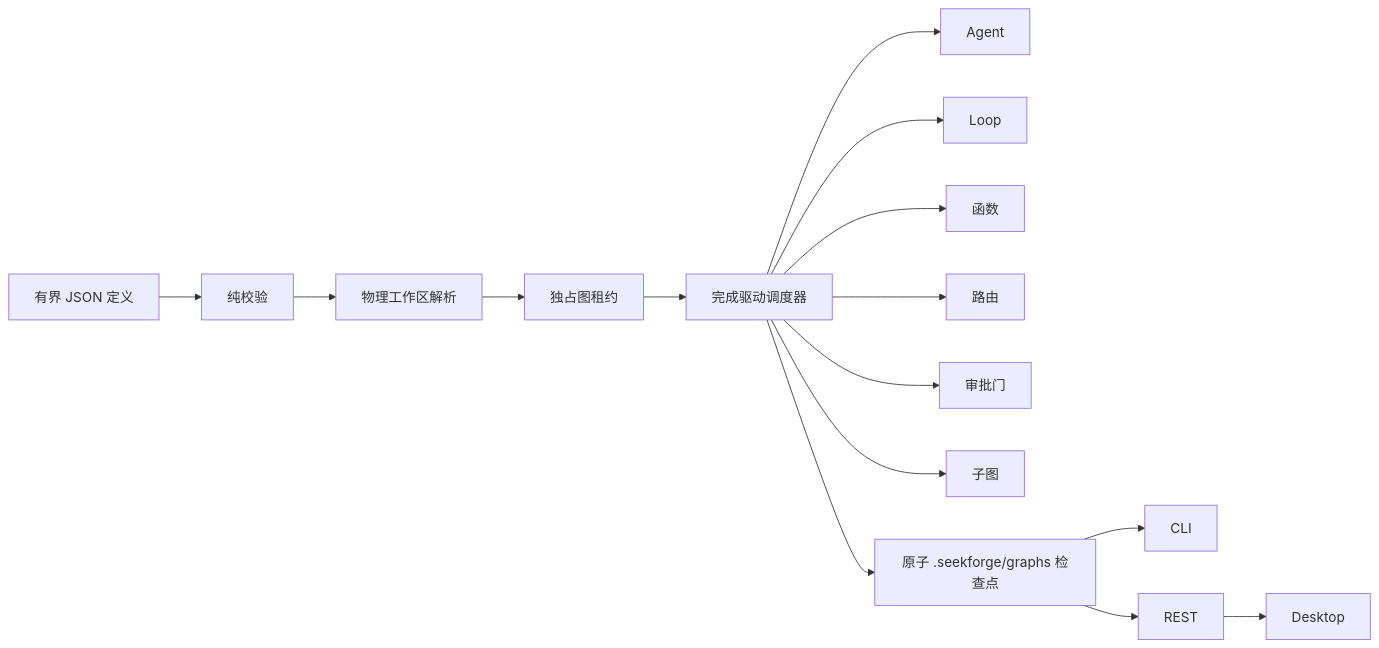
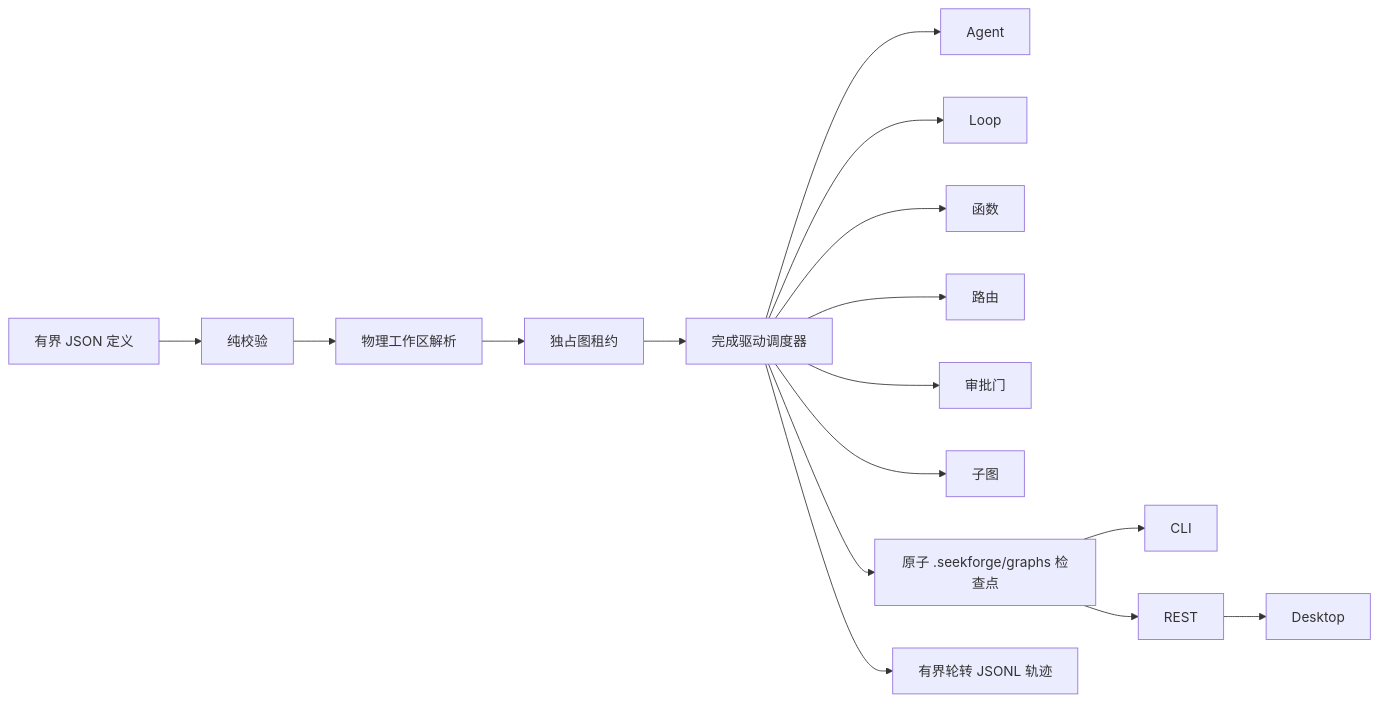
Before and after one commit to eilyeee/seekforge: the diagram in docs/graph-engineering.zh-CN.md, drawn with Mermaid. The commit also changed other lines of this file and 53 other files, not shown here.

Commit message:
feat: deepen loop and graph orchestration

````diff
--- a/docs/graph-engineering.zh-CN.md
+++ b/docs/graph-engineering.zh-CN.md
@@ -9,17 +9,18 @@
 ```mermaid
 flowchart LR
   Definition["有界 JSON 定义"] --> Validate["纯校验"]
   Validate --> Resolve["物理工作区解析"]
   Resolve --> Lease["独占图租约"]
   Lease --> Scheduler["完成驱动调度器"]
   Scheduler --> Agent
   Scheduler --> Loop
   Scheduler --> Function["函数"]
   Scheduler --> Router["路由"]
   Scheduler --> Gate["审批门"]
   Scheduler --> Subgraph["子图"]
   Scheduler --> State["原子 .seekforge/graphs 检查点"]
+  Scheduler --> Trace["有界轮转 JSONL 轨迹"]
   State --> CLI
   State --> REST
   REST --> Desktop
 ```
````
